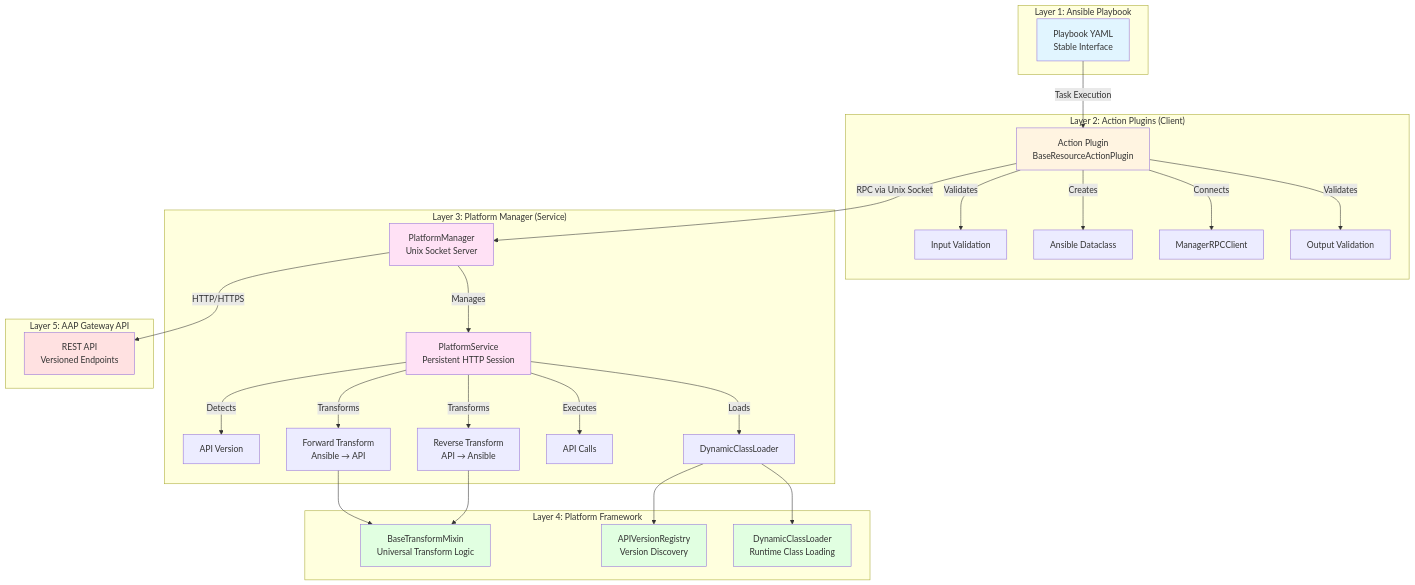
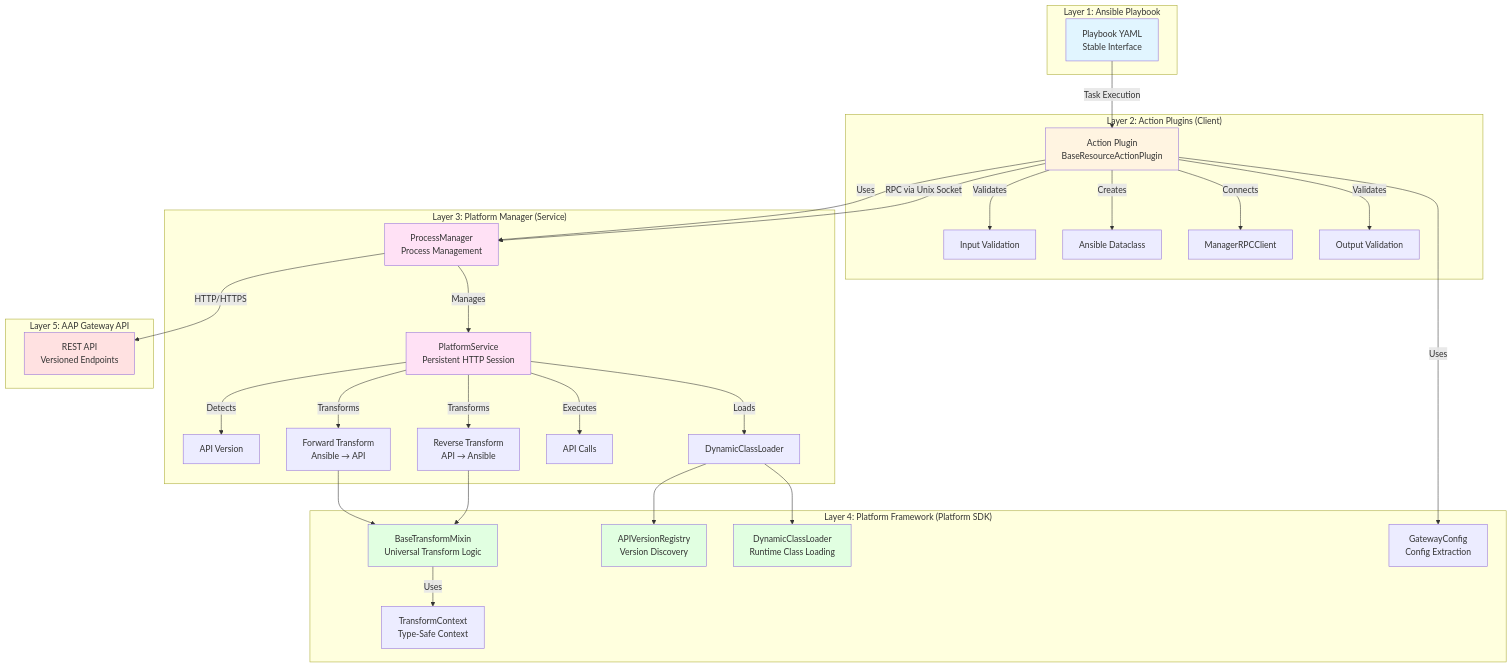
One commit to ansible/ansible.platform changed the first of 12 diagrams in docs/ARCHITECTURE_DIAGRAMS.md. Above: the diagram before and after it, drawn with Mermaid. The commit also changed other lines of this file and 19 other files, not shown here.

````diff
--- a/docs/ARCHITECTURE_DIAGRAMS.md
+++ b/docs/ARCHITECTURE_DIAGRAMS.md
@@ -23,52 +23,58 @@
 ```mermaid
 graph TB
     subgraph "Layer 1: Ansible Playbook"
         PB[Playbook YAML<br/>Stable Interface]
     end
     
     subgraph "Layer 2: Action Plugins (Client)"
         AP[Action Plugin<br/>BaseResourceActionPlugin]
         AP --> |Validates| IV[Input Validation]
         AP --> |Creates| DC[Ansible Dataclass]
         AP --> |Connects| MC[ManagerRPCClient]
         AP --> |Validates| OV[Output Validation]
     end
     
     subgraph "Layer 3: Platform Manager (Service)"
         PM[PlatformManager<br/>Unix Socket Server]
         PS[PlatformService<br/>Persistent HTTP Session]
         PS --> |Detects| AV[API Version]
         PS --> |Loads| CL[DynamicClassLoader]
         PS --> |Transforms| FT[Forward Transform<br/>Ansible → API]
         PS --> |Executes| AC[API Calls]
         PS --> |Transforms| RT[Reverse Transform<br/>API → Ansible]
         PM --> |Manages| PS
     end
     
-    subgraph "Layer 4: Platform Framework"
+    subgraph "Layer 4: Platform Framework (Platform SDK)"
         BT[BaseTransformMixin<br/>Universal Transform Logic]
         VR[APIVersionRegistry<br/>Version Discovery]
         DL[DynamicClassLoader<br/>Runtime Class Loading]
+        GC[GatewayConfig<br/>Config Extraction]
+        PM[ProcessManager<br/>Process Management]
+        TC[TransformContext<br/>Type-Safe Context]
         FT --> BT
         RT --> BT
         CL --> VR
         CL --> DL
+        AP --> |Uses| GC
+        AP --> |Uses| PM
+        BT --> |Uses| TC
     end
     
     subgraph "Layer 5: AAP Gateway API"
         API[REST API<br/>Versioned Endpoints]
     end
     
     PB --> |Task Execution| AP
     AP --> |RPC via Unix Socket| PM
     PM --> |HTTP/HTTPS| API
     
     style PB fill:#e1f5ff
     style AP fill:#fff4e1
     style PM fill:#ffe1f5
     style PS fill:#ffe1f5
     style BT fill:#e1ffe1
     style VR fill:#e1ffe1
     style DL fill:#e1ffe1
     style API fill:#ffe1e1
 ```
````
